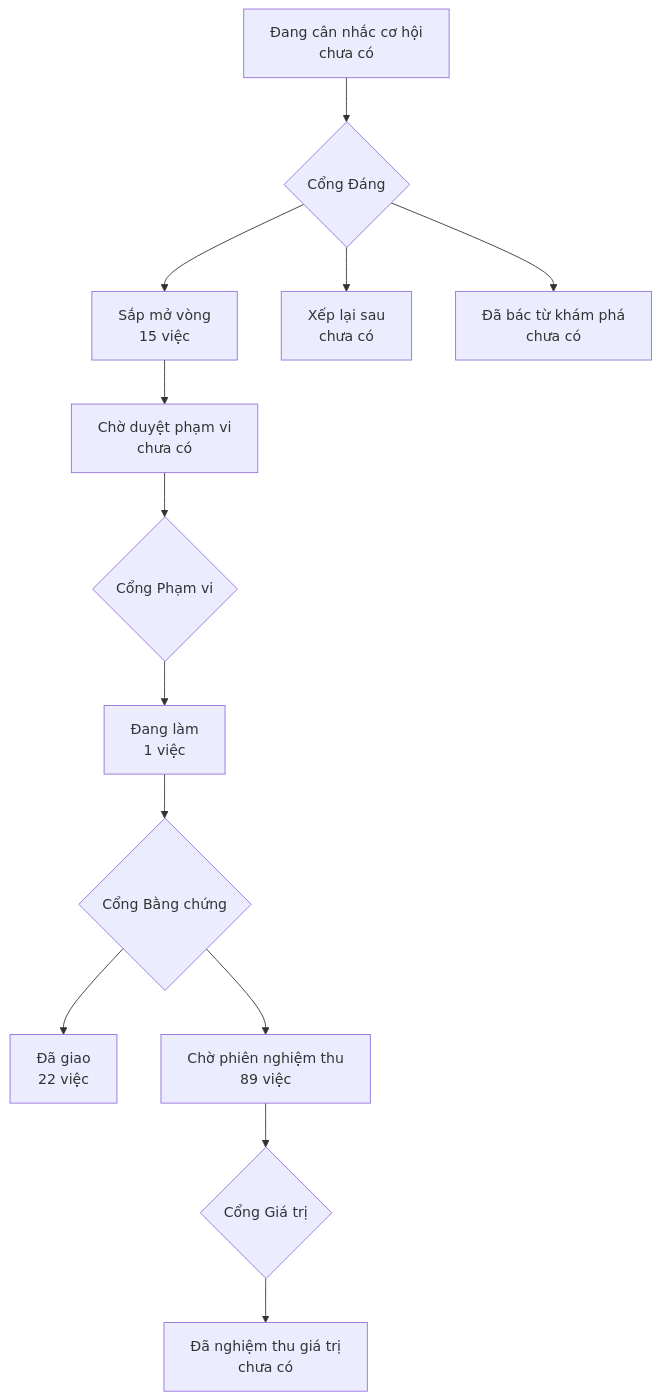
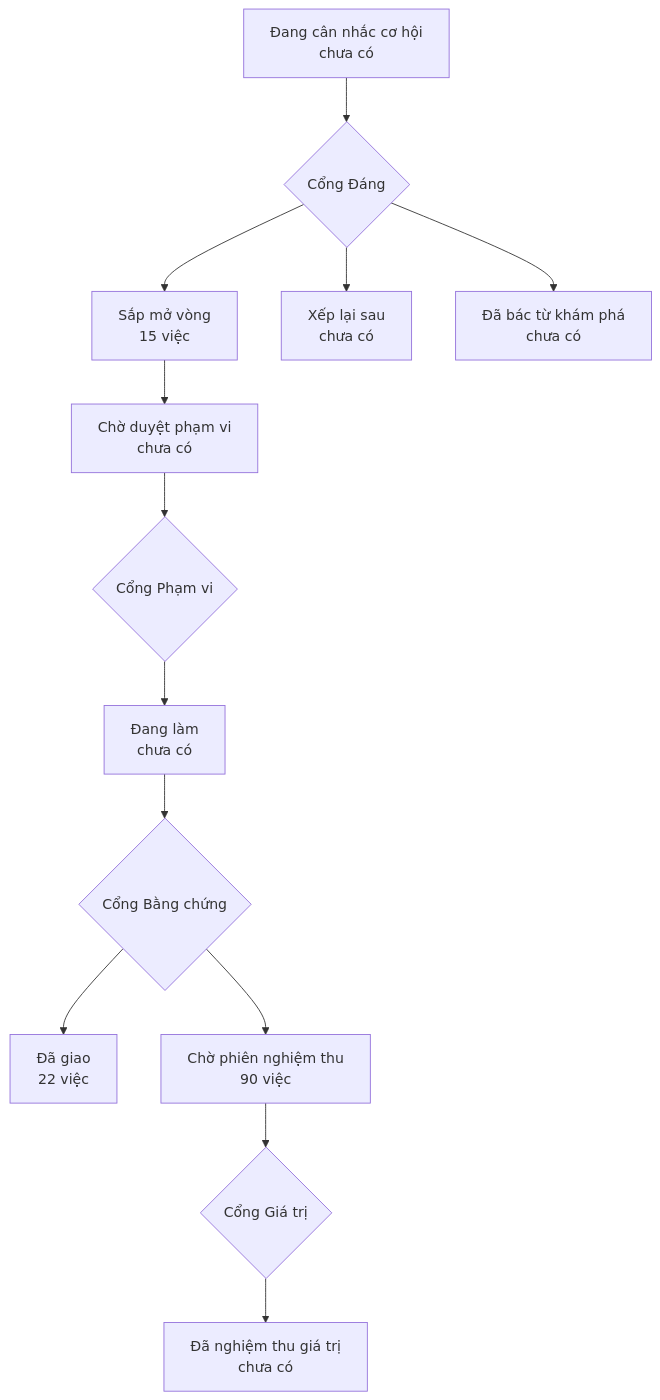
The diagram in PRODUCT-MAP.md (phanlemanh/onehub-quy-hang), drawn with Mermaid before and after one commit. The commit also changed other lines of this file and 4 other files, not shown here.

````diff
--- a/PRODUCT-MAP.md
+++ b/PRODUCT-MAP.md
@@ -7,12 +7,12 @@
 ```mermaid
 flowchart TD
   A["Đang cân nhắc cơ hội<br/>chưa có"] --> GD{"Cổng Đáng"}
   GD --> B["Sắp mở vòng<br/>15 việc"]
   GD --> XL["Xếp lại sau<br/>chưa có"]
   GD --> DB["Đã bác từ khám phá<br/>chưa có"]
   B --> CD["Chờ duyệt phạm vi<br/>chưa có"] --> GP{"Cổng Phạm vi"}
-  GP --> DL["Đang làm<br/>1 việc"] --> GB{"Cổng Bằng chứng"}
+  GP --> DL["Đang làm<br/>chưa có"] --> GB{"Cổng Bằng chứng"}
   GB --> DG["Đã giao<br/>22 việc"]
-  GB --> CN["Chờ phiên nghiệm thu<br/>89 việc"] --> GG{"Cổng Giá trị"}
+  GB --> CN["Chờ phiên nghiệm thu<br/>90 việc"] --> GG{"Cổng Giá trị"}
   GG --> NT["Đã nghiệm thu giá trị<br/>chưa có"]
 ```
````
